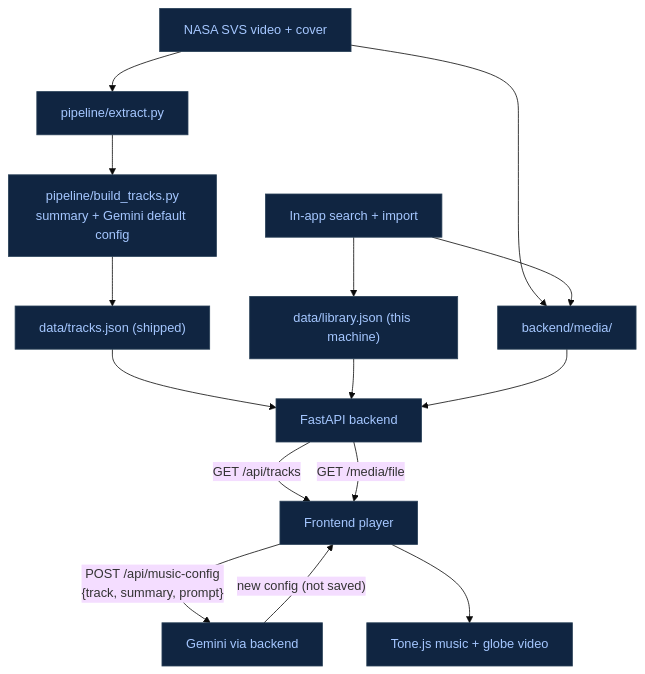
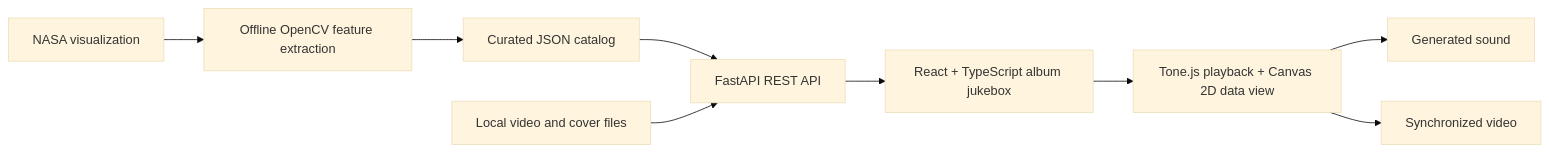
Before and after one commit to bruno-rosado/earth-fm-78.7: the diagram in docs/HOW_IT_WORKS.md, drawn with Mermaid (base theme). The commit also changed other lines of this file and 70 other files, not shown here.

Commit message:
Refactor the whole thing. Return to simple catalog of pre-loaded tracks. Simple 2D visual instead of 3D globe.

````diff
--- a/docs/HOW_IT_WORKS.md
+++ b/docs/HOW_IT_WORKS.md
@@ -11,22 +5,11 @@
 ```mermaid
-flowchart TD
-    NASA["NASA SVS video + cover"] --> Extract["pipeline/extract.py"]
-    Extract --> Build["pipeline/build_tracks.py<br/>summary + Gemini default config"]
-    Build --> Catalog["data/tracks.json (shipped)"]
-    NASA --> Media["backend/media/"]
-
-    Search["In-app search + import"] --> Library["data/library.json (this machine)"]
-    Search --> Media
-
-    Catalog --> Backend["FastAPI backend"]
-    Library --> Backend
-    Media --> Backend
-
-    Backend -->|"GET /api/tracks"| Player["Frontend player"]
-    Backend -->|"GET /media/file"| Player
-    Player -->|"POST /api/music-config<br/>{track, summary, prompt}"| Gemini["Gemini via backend"]
-    Gemini -->|"new config (not saved)"| Player
-    Player --> Live["Tone.js music + globe video"]
-
-    classDef default fill:#102541,stroke:#294057,color:#a5c7ff;
+flowchart LR
+    Video["NASA visualization"] --> Extract["Offline OpenCV feature extraction"]
+    Extract --> Catalog["Curated JSON catalog"]
+    Catalog --> API["FastAPI REST API"]
+    Media["Local video and cover files"] --> API
+    API --> UI["React + TypeScript album jukebox"]
+    UI --> Player["Tone.js playback + Canvas 2D data view"]
+    Player --> Audio["Generated sound"]
+    Player --> VideoElement["Synchronized video"]
 ```
````
